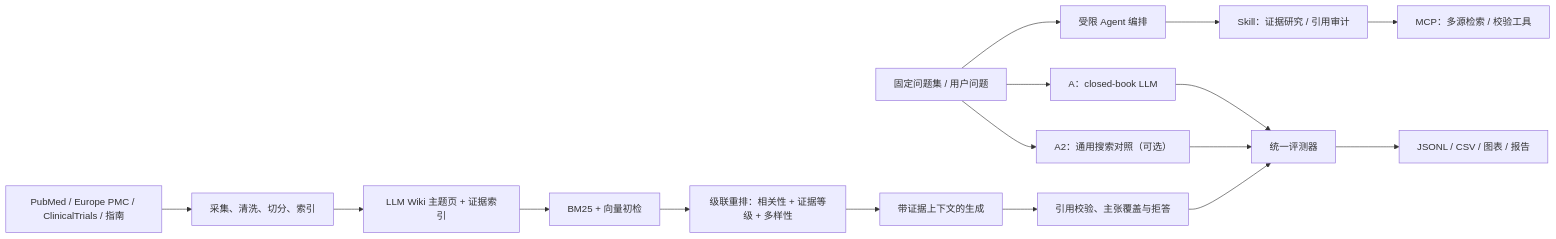
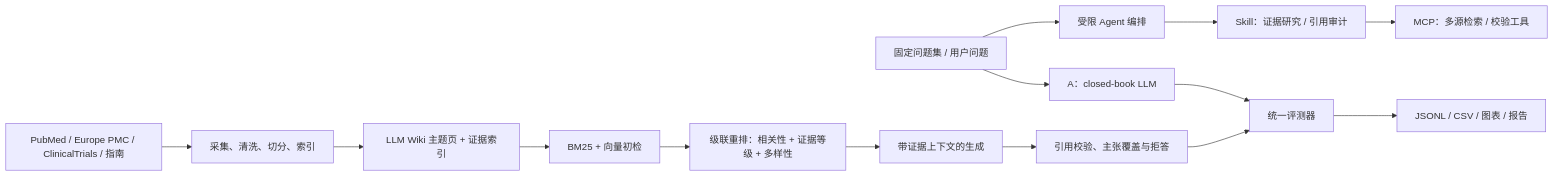
Before and after one commit to neko-claw/OpenEvidence_trace3: the diagram in docs/OpenEvidence_MVP_赛道1与赛道3实施规划.md, drawn with Mermaid. The commit also changed other lines of this file and 200 other files, not shown here.

````diff
--- a/docs/OpenEvidence_MVP_赛道1与赛道3实施规划.md
+++ b/docs/OpenEvidence_MVP_赛道1与赛道3实施规划.md
@@ -64,18 +65,16 @@
 ```mermaid
 flowchart LR
     Q["固定问题集 / 用户问题"] --> A["受限 Agent 编排"]
     A --> T["Skill：证据研究 / 引用审计"]
     T --> M["MCP：多源检索 / 校验工具"]
     Q --> B["A：closed-book LLM"]
-    Q --> B2["A2：通用搜索对照（可选）"]
     S["PubMed / Europe PMC / ClinicalTrials / 指南"] --> I["采集、清洗、切分、索引"]
     I --> W["LLM Wiki 主题页 + 证据索引"]
     W --> R["BM25 + 向量初检"]
     R --> X["级联重排：相关性 + 证据等级 + 多样性"]
     X --> G["带证据上下文的生成"]
     G --> V["引用校验、主张覆盖与拒答"]
     B --> E["统一评测器"]
-    B2 --> E
     V --> E
     E --> O["JSONL / CSV / 图表 / 报告"]
 ```
````
